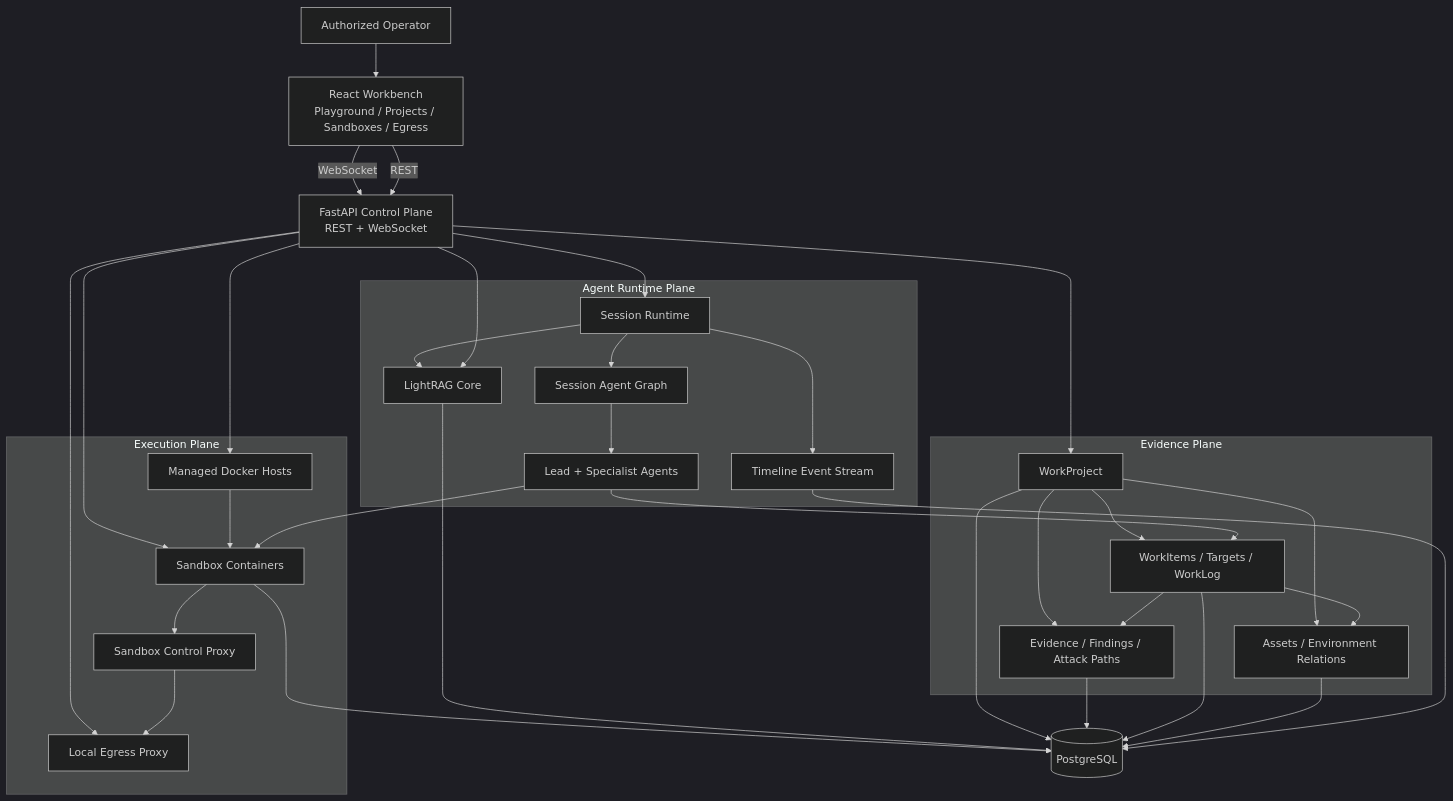
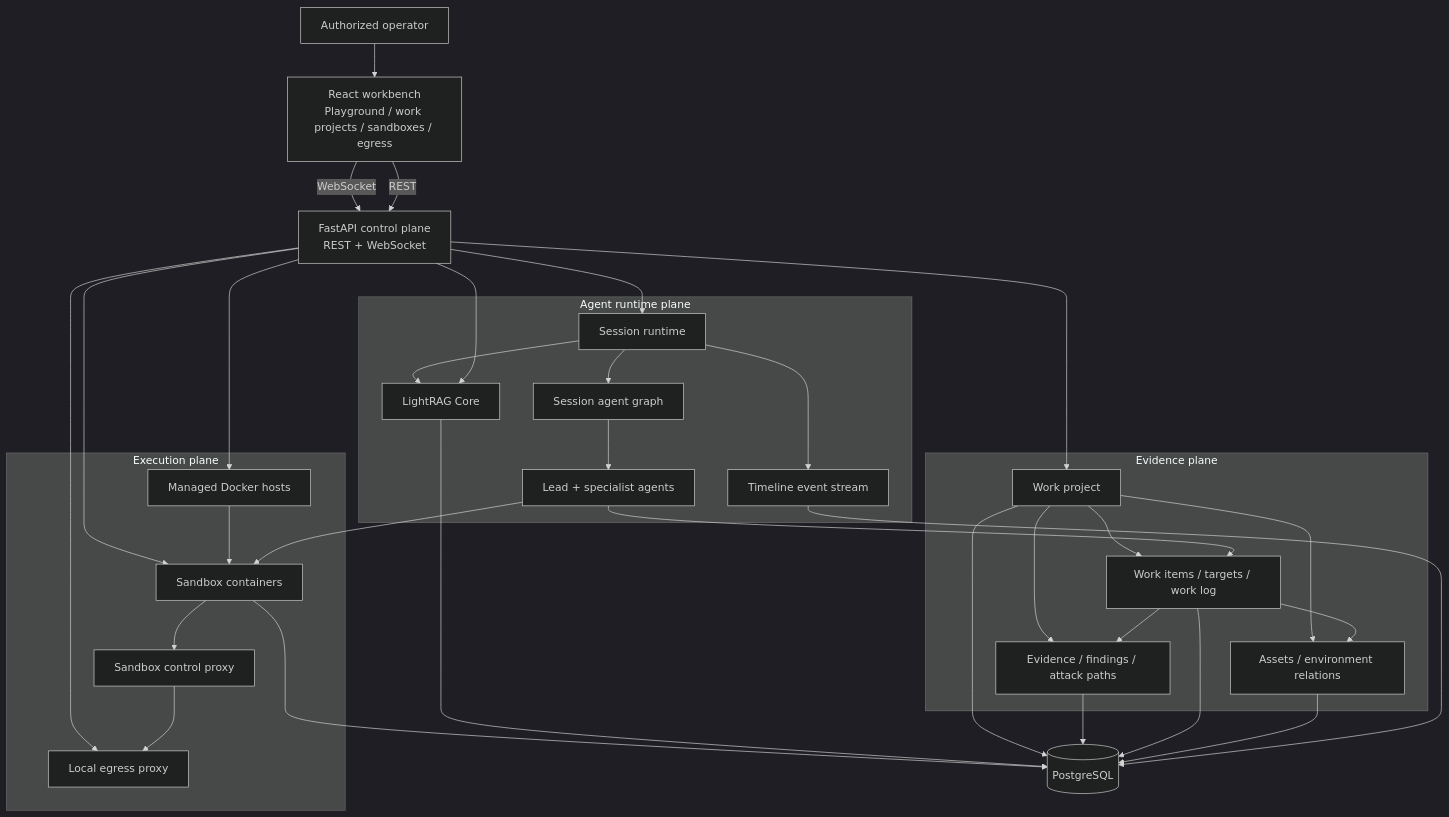
The first of 4 diagrams in README.md (Meow-Emperor/Z3r0), drawn with Mermaid (dark theme) before and after one commit. The commit also changed other lines of this file and 164 other files, not shown here.

````diff
--- a/README.md
+++ b/README.md
@@ -41,57 +40,57 @@
 ```mermaid
 flowchart TB
-  Operator["Authorized Operator"]
-  Workbench["React Workbench<br/>Playground / Projects / Sandboxes / Egress"]
-  API["FastAPI Control Plane<br/>REST + WebSocket"]
+  Operator["Authorized operator"]
+  Workbench["React workbench<br/>Playground / work projects / sandboxes / egress"]
+  API["FastAPI control plane<br/>REST + WebSocket"]
 
-  subgraph Runtime["Agent Runtime Plane"]
-    Session["Session Runtime"]
-    Graph["Session Agent Graph"]
-    Team["Lead + Specialist Agents"]
+  subgraph Runtime["Agent runtime plane"]
+    Session["Session runtime"]
+    Graph["Session agent graph"]
+    Team["Lead + specialist agents"]
     RAG["LightRAG Core"]
-    Timeline["Timeline Event Stream"]
+    Timeline["Timeline event stream"]
   end
 
-  subgraph Evidence["Evidence Plane"]
-    Project["WorkProject"]
-    GraphData["Assets / Environment Relations"]
-    Workflow["WorkItems / Targets / WorkLog"]
-    Conclusions["Evidence / Findings / Attack Paths"]
+  subgraph Evidence["Evidence plane"]
+    Project["Work project"]
+    GraphData["Assets / environment relations"]
+    Workflow["Work items / targets / work log"]
+    Conclusions["Evidence / findings / attack paths"]
   end
 
-  subgraph Execution["Execution Plane"]
-    Hosts["Managed Docker Hosts"]
-    Containers["Sandbox Containers"]
-    ControlProxy["Sandbox Control Proxy"]
-    Egress["Local Egress Proxy"]
+  subgraph Execution["Execution plane"]
+    Hosts["Managed Docker hosts"]
+    Containers["Sandbox containers"]
+    ControlProxy["Sandbox control proxy"]
+    Egress["Local egress proxy"]
   end
 
   Store[("PostgreSQL")]
 
   Operator --> Workbench
   Workbench -->|REST| API
   Workbench -->|WebSocket| API
   API --> Session --> Graph --> Team
   API --> RAG
   Session --> RAG
   Team --> Workflow
   Workflow --> GraphData
   Workflow --> Conclusions
   Team --> Containers
   Session --> Timeline
   Project --> GraphData
   Project --> Workflow
   Project --> Conclusions
   Hosts --> Containers --> ControlProxy --> Egress
   API --> Project
   API --> Hosts
   API --> Containers
   API --> Egress
   Timeline --> Store
   GraphData --> Store
   Workflow --> Store
   Conclusions --> Store
   Project --> Store
   Containers --> Store
   RAG --> Store
 ```
````
